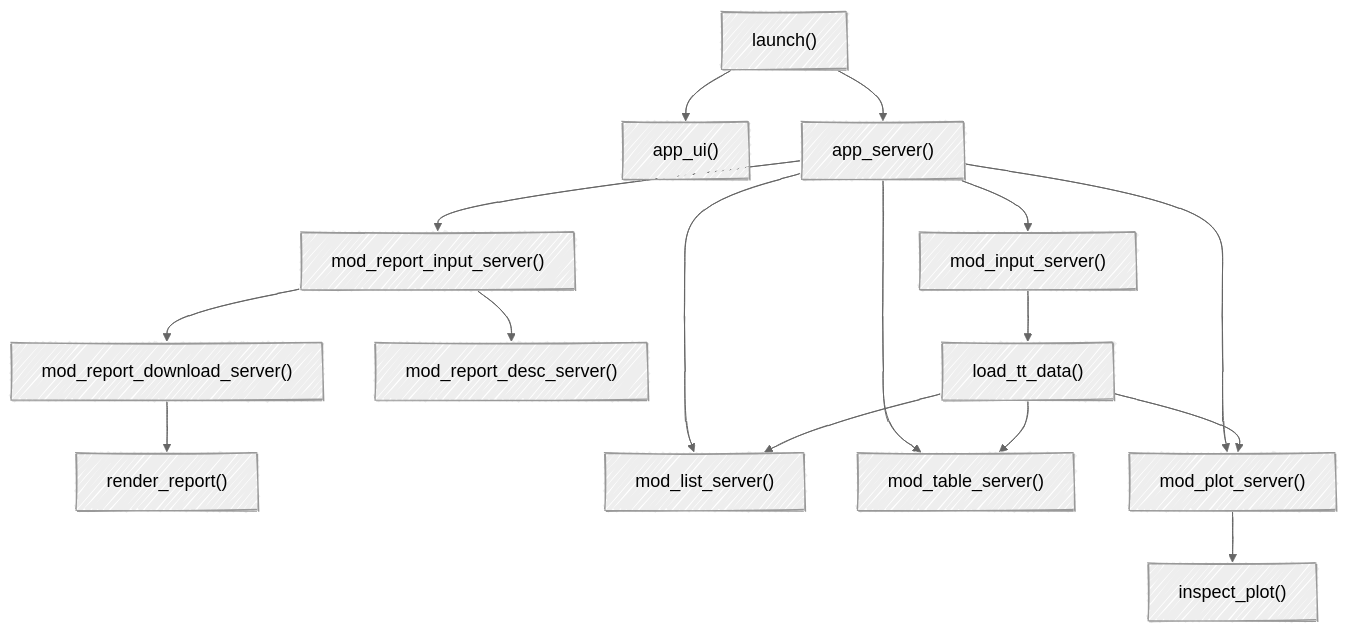
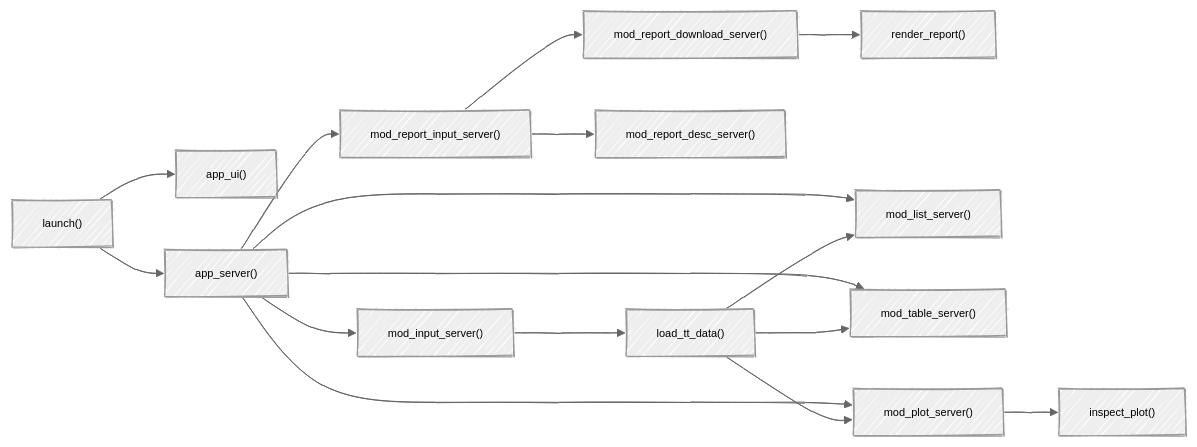
The first of 3 diagrams in README.md (mjfrigaard/ttdviewer), drawn with Mermaid before and after one commit. The commit also changed other lines of this file, not shown here.

Commit message:
readme updates

````diff
--- a/README.md
+++ b/README.md
@@ -39,19 +39,19 @@
-``` mermaid
-%%{init: {'theme': 'neutral', 'look': 'handDrawn', 'themeVariables': { 'fontFamily': 'monospace', "fontSize":"18px"}}}%%
-flowchart TD
+```mermaid
+%%{init: {'theme': 'neutral', 'look': 'handDrawn', 'themeVariables': { 'fontFamily': 'monospace', 'fontSize':'11px'}}}%%
+flowchart LR
   Launch["launch()"] --> UI["app_ui()"]
   Launch --> Server["app_server()"]
   Server --> Input["mod_input_server()"]
   Input --> Data["load_tt_data()"]
   Server --> ReportInput["mod_report_input_server()"]
   ReportInput --> ReportDesc["mod_report_desc_server()"]
   ReportInput --> ReportDownload["mod_report_download_server()"]
   ReportDownload --> RenderReport["render_report()"]
   Server --> List["mod_list_server()"]
   Server --> Table["mod_table_server()"]
   Server --> Plot["mod_plot_server()"]
   Plot --> InspectPlot["inspect_plot()"]
   Data --> List
   Data --> Table
   Data --> Plot
 ```
````
